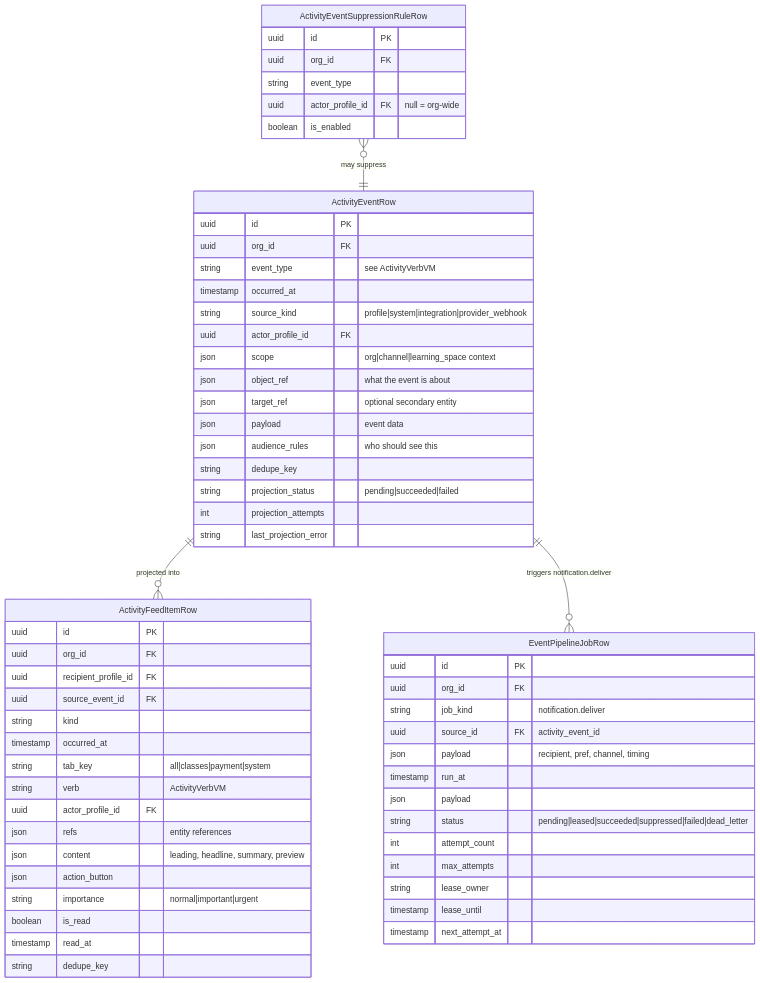
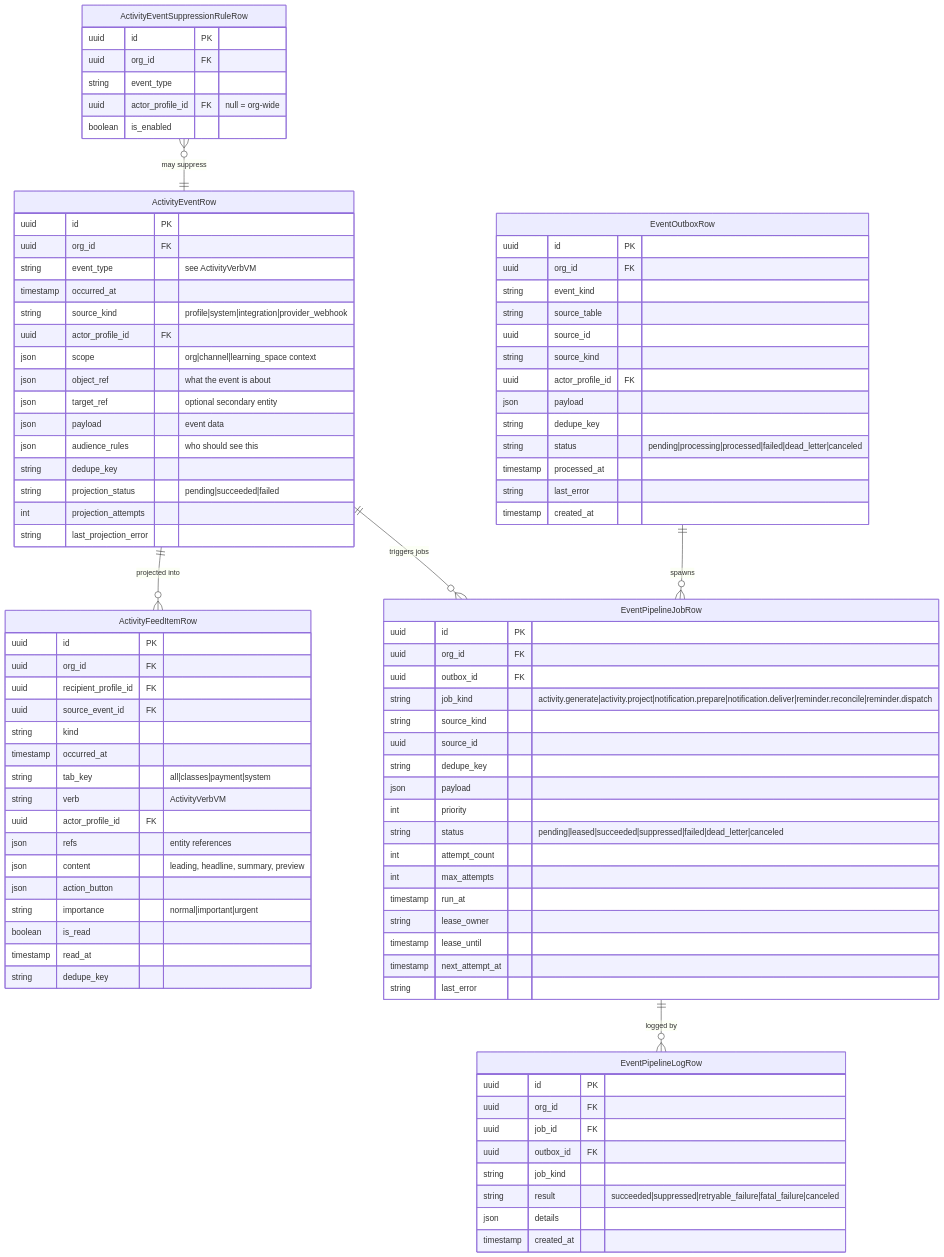
Before and after one commit to heidisoft/iconicedu-monorepo: diagram 25 of 31 in docs/architecture/feature-diagrams.md, drawn with Mermaid. The commit also changed other lines of this file and 27 other files, not shown here.

First line of the commit message:
Activity feed: contextual rendering & dedupe refresh

````diff
--- a/docs/architecture/feature-diagrams.md
+++ b/docs/architecture/feature-diagrams.md
@@ -1340,23 +1340,56 @@
         boolean is_enabled
     }
 
+    EventOutboxRow {
+        uuid id PK
+        uuid org_id FK
+        string event_kind
+        string source_table
+        uuid source_id
+        string source_kind
+        uuid actor_profile_id FK
+        json payload
+        string dedupe_key
+        string status "pending|processing|processed|failed|dead_letter|canceled"
+        timestamp processed_at
+        string last_error
+        timestamp created_at
+    }
+
     EventPipelineJobRow {
         uuid id PK
         uuid org_id FK
-        string job_kind "notification.deliver"
-        uuid source_id FK "activity_event_id"
-        json payload "recipient, pref, channel, timing"
-        timestamp run_at
+        uuid outbox_id FK
+        string job_kind "activity.generate|activity.project|notification.prepare|notification.deliver|reminder.reconcile|reminder.dispatch"
+        string source_kind
+        uuid source_id
+        string dedupe_key
         json payload
-        string status "pending|leased|succeeded|suppressed|failed|dead_letter"
+        int priority
+        string status "pending|leased|succeeded|suppressed|failed|dead_letter|canceled"
         int attempt_count
         int max_attempts
+        timestamp run_at
         string lease_owner
         timestamp lease_until
         timestamp next_attempt_at
+        string last_error
+    }
+
+    EventPipelineLogRow {
+        uuid id PK
+        uuid org_id FK
+        uuid job_id FK
+        uuid outbox_id FK
+        string job_kind
+        string result "succeeded|suppressed|retryable_failure|fatal_failure|canceled"
+        json details
+        timestamp created_at
     }
 
     ActivityEventRow ||--o{ ActivityFeedItemRow : "projected into"
-    ActivityEventRow ||--o{ EventPipelineJobRow : "triggers notification.deliver"
+    ActivityEventRow ||--o{ EventPipelineJobRow : "triggers jobs"
+    EventOutboxRow ||--o{ EventPipelineJobRow : "spawns"
+    EventPipelineJobRow ||--o{ EventPipelineLogRow : "logged by"
     ActivityEventSuppressionRuleRow }o--|| ActivityEventRow : "may suppress"
 ```
````
